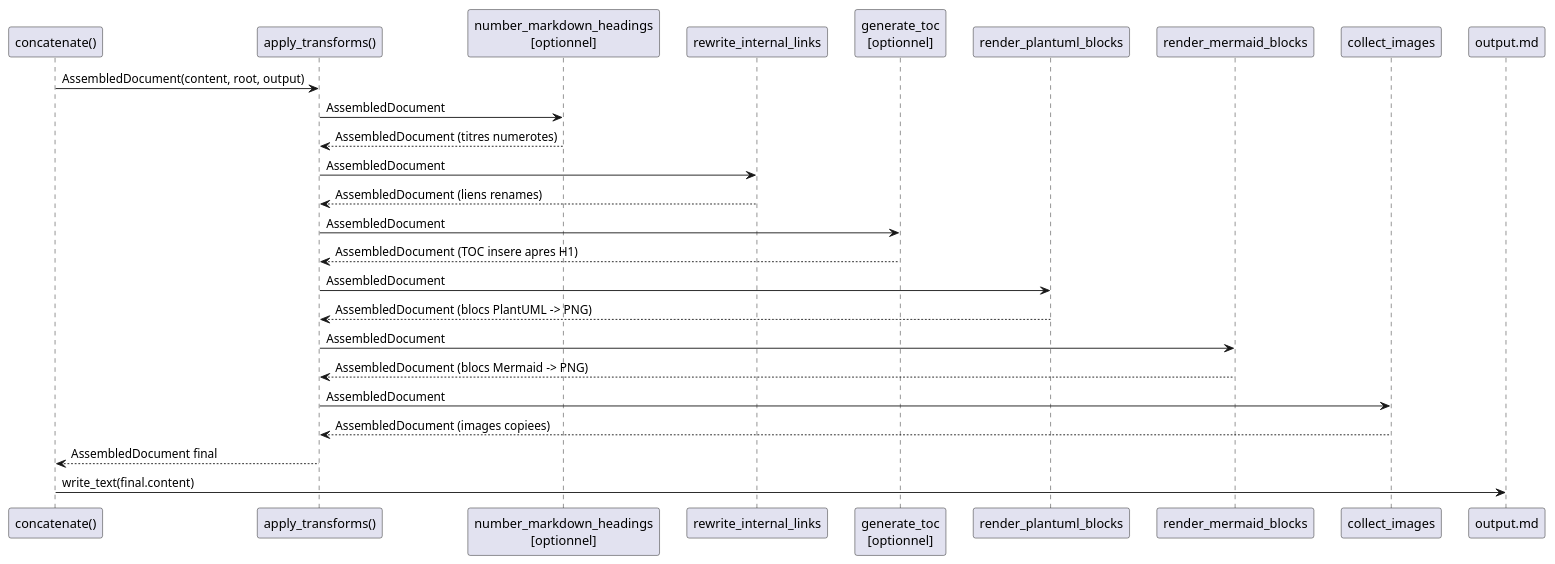
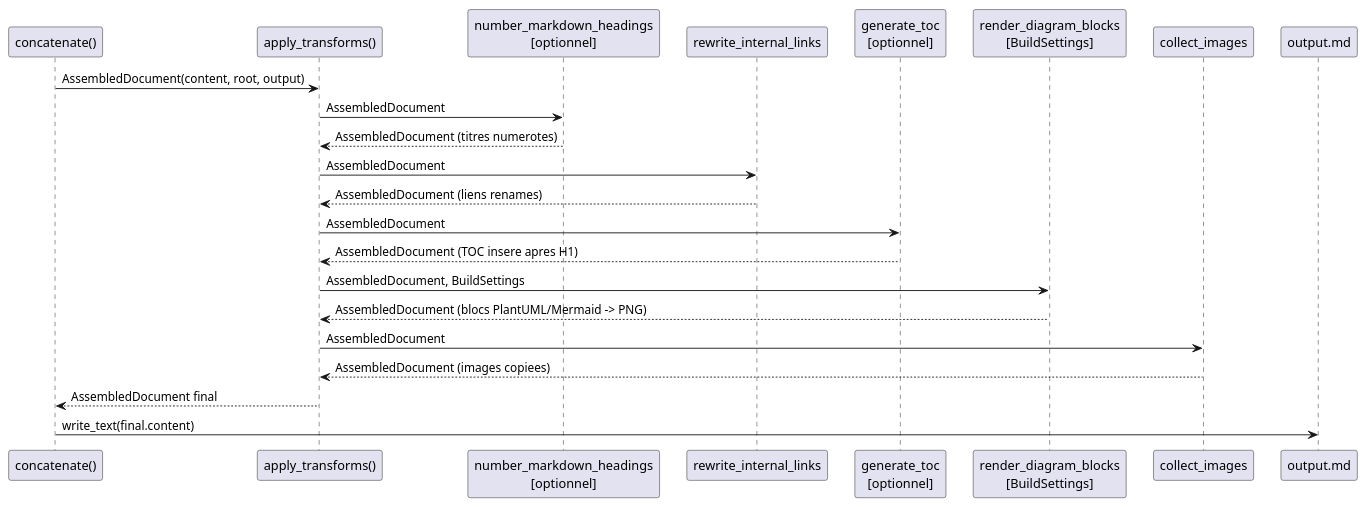
Before and after one commit to antoinebarre/scribpy: the second of 7 diagrams in doc/architecture-core.md, drawn with PlantUML. The commit also changed other lines of this file and 17 other files, not shown here.

````diff
--- a/doc/architecture-core.md
+++ b/doc/architecture-core.md
@@ -194,31 +193,28 @@
 ```plantuml
 @startuml
 skinparam participantPadding 10
 
 participant "concatenate()" as concat
 participant "apply_transforms()" as pipeline
 participant "number_markdown_headings\n[optionnel]" as numbering
 participant "rewrite_internal_links" as links
 participant "generate_toc\n[optionnel]" as toc
-participant "render_plantuml_blocks" as puml
-participant "render_mermaid_blocks" as mmid
+participant "render_diagram_blocks\n[BuildSettings]" as diagrams
 participant "collect_images" as images
 participant "output.md" as file
 
 concat -> pipeline : AssembledDocument(content, root, output)
 pipeline -> numbering : AssembledDocument
 numbering --> pipeline : AssembledDocument (titres numerotes)
 pipeline -> links : AssembledDocument
 links --> pipeline : AssembledDocument (liens renames)
 pipeline -> toc : AssembledDocument
 toc --> pipeline : AssembledDocument (TOC insere apres H1)
-pipeline -> puml : AssembledDocument
-puml --> pipeline : AssembledDocument (blocs PlantUML -> PNG)
-pipeline -> mmid : AssembledDocument
-mmid --> pipeline : AssembledDocument (blocs Mermaid -> PNG)
+pipeline -> diagrams : AssembledDocument, BuildSettings
+diagrams --> pipeline : AssembledDocument (blocs PlantUML/Mermaid -> PNG)
 pipeline -> images : AssembledDocument
 images --> pipeline : AssembledDocument (images copiees)
 pipeline --> concat : AssembledDocument final
 concat -> file : write_text(final.content)
 @enduml
 ```
````
